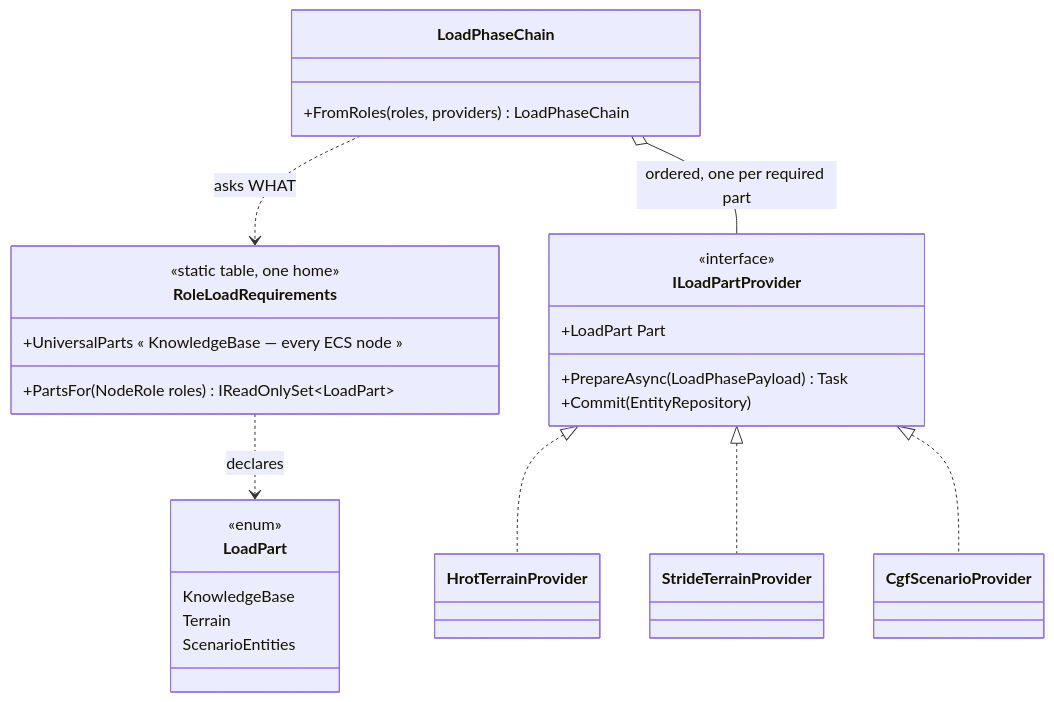
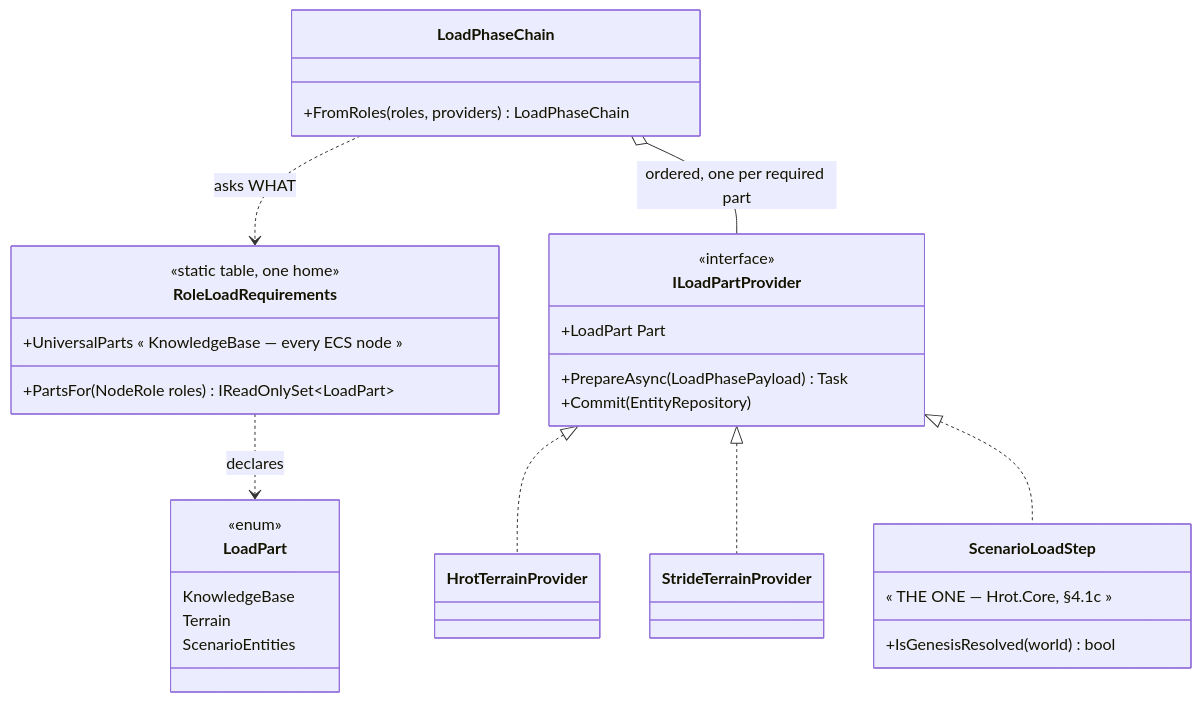
Before and after one commit to pjanec/HROT: the fourth of 4 diagrams in docs/DESIGN_Cluster_Load_Phase.md, drawn with Mermaid. The commit also changed other lines of this file, not shown here.

First line of the commit message:
docs: L4a — ONE scenario-load step, and the three-copy drift it retires

````diff
--- a/docs/DESIGN_Cluster_Load_Phase.md
+++ b/docs/DESIGN_Cluster_Load_Phase.md
@@ -300,33 +304,36 @@
 ```mermaid
 classDiagram
   class RoleLoadRequirements {
     <<static table, one home>>
     +PartsFor(NodeRole roles) IReadOnlySet~LoadPart~
     +UniversalParts « KnowledgeBase — every ECS node »
   }
   class LoadPart {
     <<enum>>
     KnowledgeBase
     Terrain
     ScenarioEntities
   }
   class ILoadPartProvider {
     <<interface>>
     +LoadPart Part
     +PrepareAsync(LoadPhasePayload) Task
     +Commit(EntityRepository)
   }
   class LoadPhaseChain {
     +FromRoles(roles, providers) LoadPhaseChain
   }
   class HrotTerrainProvider
   class StrideTerrainProvider
-  class CgfScenarioProvider
+  class ScenarioLoadStep {
+    « THE ONE — Hrot.Core, §4.1c »
+    +IsGenesisResolved(world) bool
+  }
 
   RoleLoadRequirements ..> LoadPart : declares
   LoadPhaseChain ..> RoleLoadRequirements : asks WHAT
   LoadPhaseChain o-- ILoadPartProvider : ordered, one per required part
   ILoadPartProvider <|.. HrotTerrainProvider
   ILoadPartProvider <|.. StrideTerrainProvider
-  ILoadPartProvider <|.. CgfScenarioProvider
+  ILoadPartProvider <|.. ScenarioLoadStep
 ```
````
